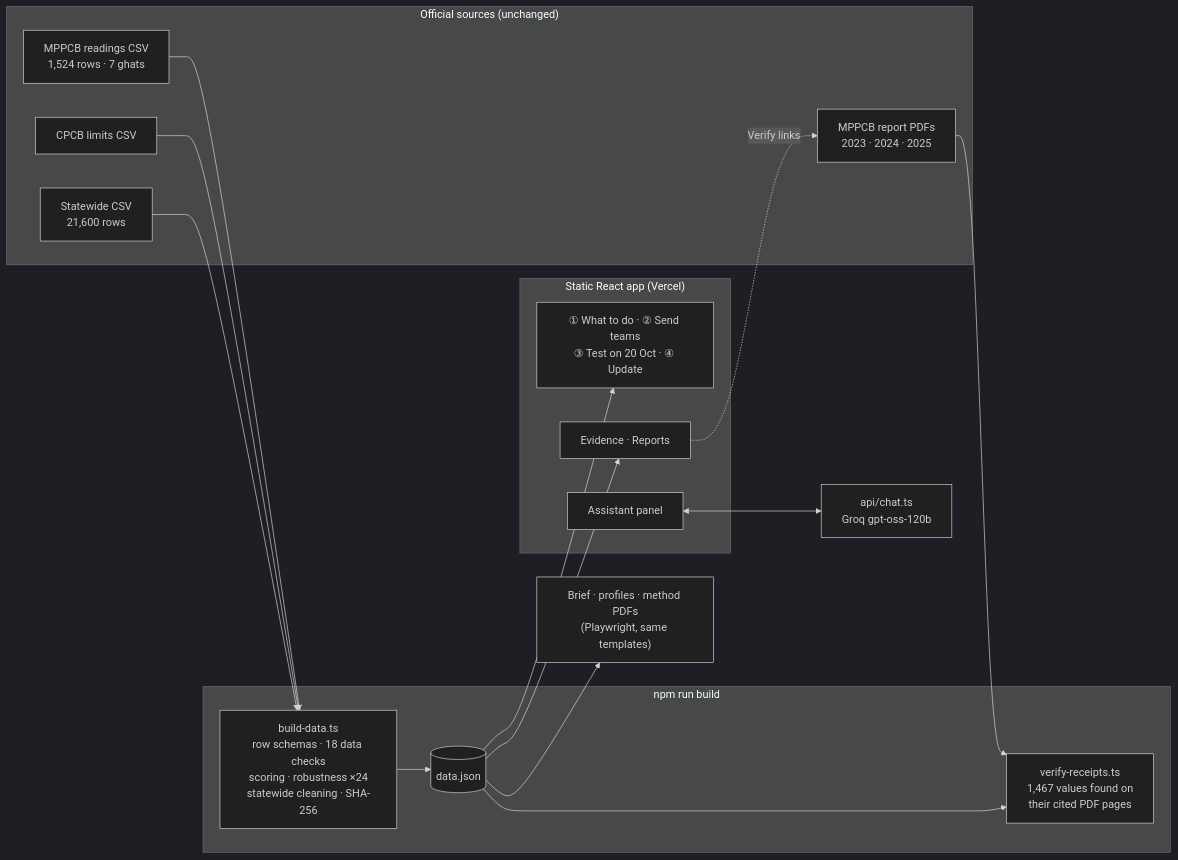
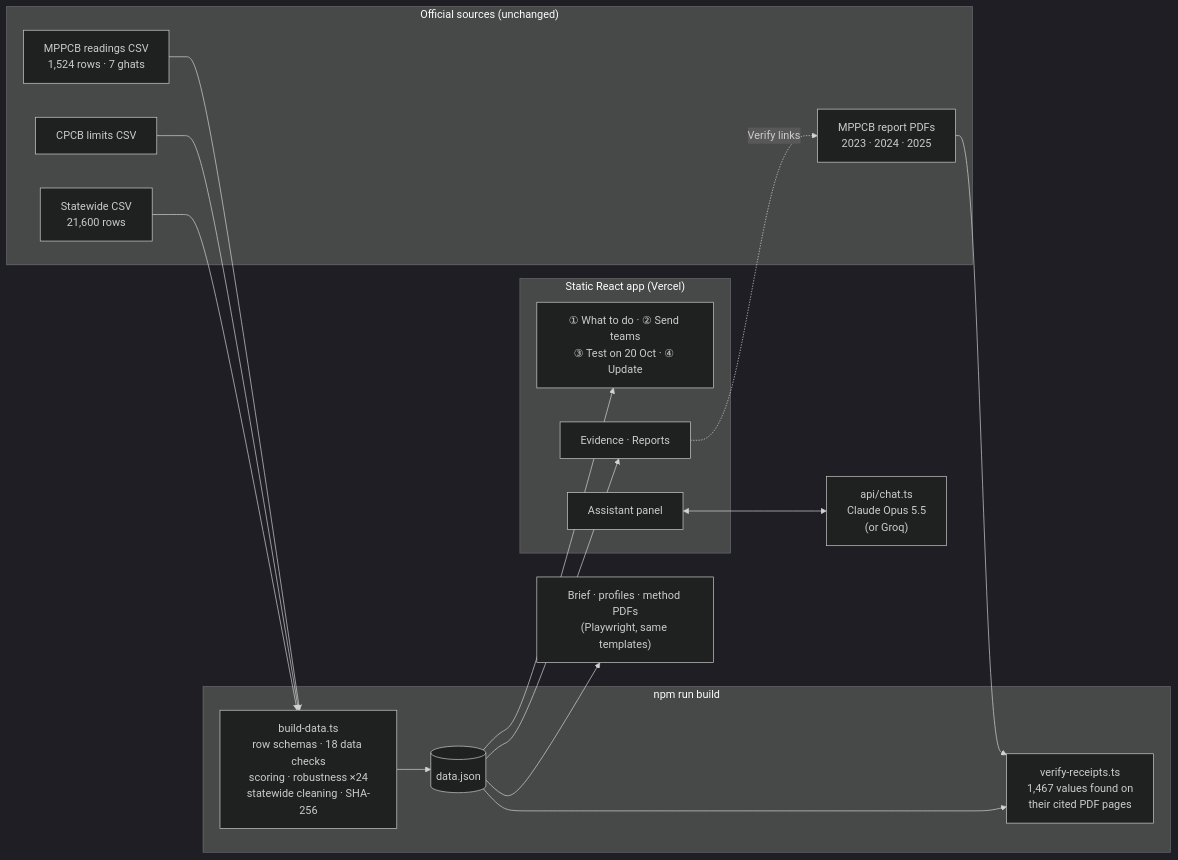
The diagram in README.md (shriomverma100/Pran-Vayu), drawn with Mermaid (dark theme) before and after one commit. The commit also changed other lines of this file and 1 other file, not shown here.

Commit message:
README: assistant section for Claude Opus 5.5 (Groq optional)

````diff
--- a/README.md
+++ b/README.md
@@ -111,32 +111,32 @@
 ```mermaid
 flowchart LR
   subgraph Sources["Official sources (unchanged)"]
     CSV["MPPCB readings CSV<br/>1,524 rows · 7 ghats"]
     CPCB["CPCB limits CSV"]
     MP["Statewide CSV<br/>21,600 rows"]
     PDF["MPPCB report PDFs<br/>2023 · 2024 · 2025"]
   end
   subgraph Build["npm run build"]
     CHECK["build-data.ts<br/>row schemas · 18 data checks<br/>scoring · robustness ×24<br/>statewide cleaning · SHA-256"]
     REC["verify-receipts.ts<br/>1,467 values found on<br/>their cited PDF pages"]
     JSON[("data.json")]
   end
   subgraph App["Static React app (Vercel)"]
     STEPS["① What to do · ② Send teams<br/>③ Test on 20 Oct · ④ Update"]
     EV["Evidence · Reports"]
     AI["Assistant panel"]
   end
   PDFOUT["Brief · profiles · method PDFs<br/>(Playwright, same templates)"]
-  API["api/chat.ts<br/>Groq gpt-oss-120b"]
+  API["api/chat.ts<br/>Claude Opus 5.5<br/>(or Groq)"]
   CSV --> CHECK
   CPCB --> CHECK
   MP --> CHECK
   CHECK --> JSON
   PDF --> REC
   JSON --> REC
   JSON --> STEPS
   JSON --> EV
   JSON --> PDFOUT
   EV -. "Verify links" .-> PDF
   AI <--> API
 ```
````
